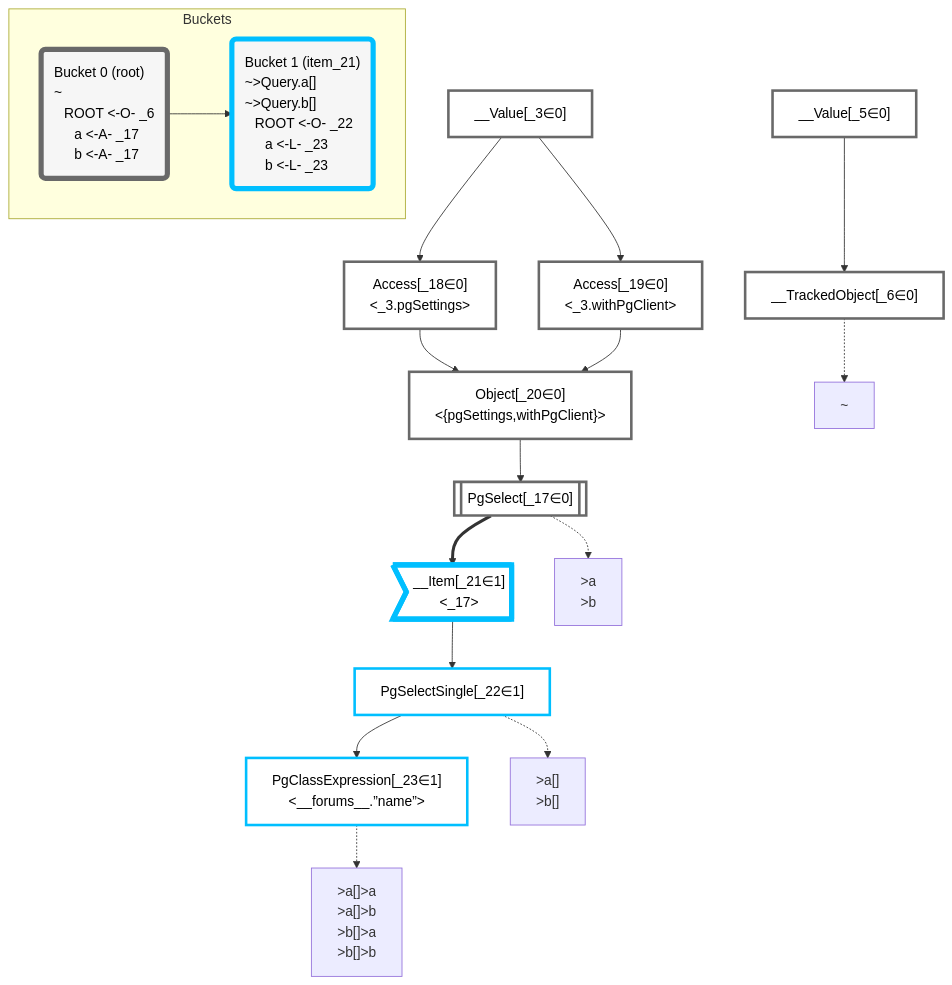
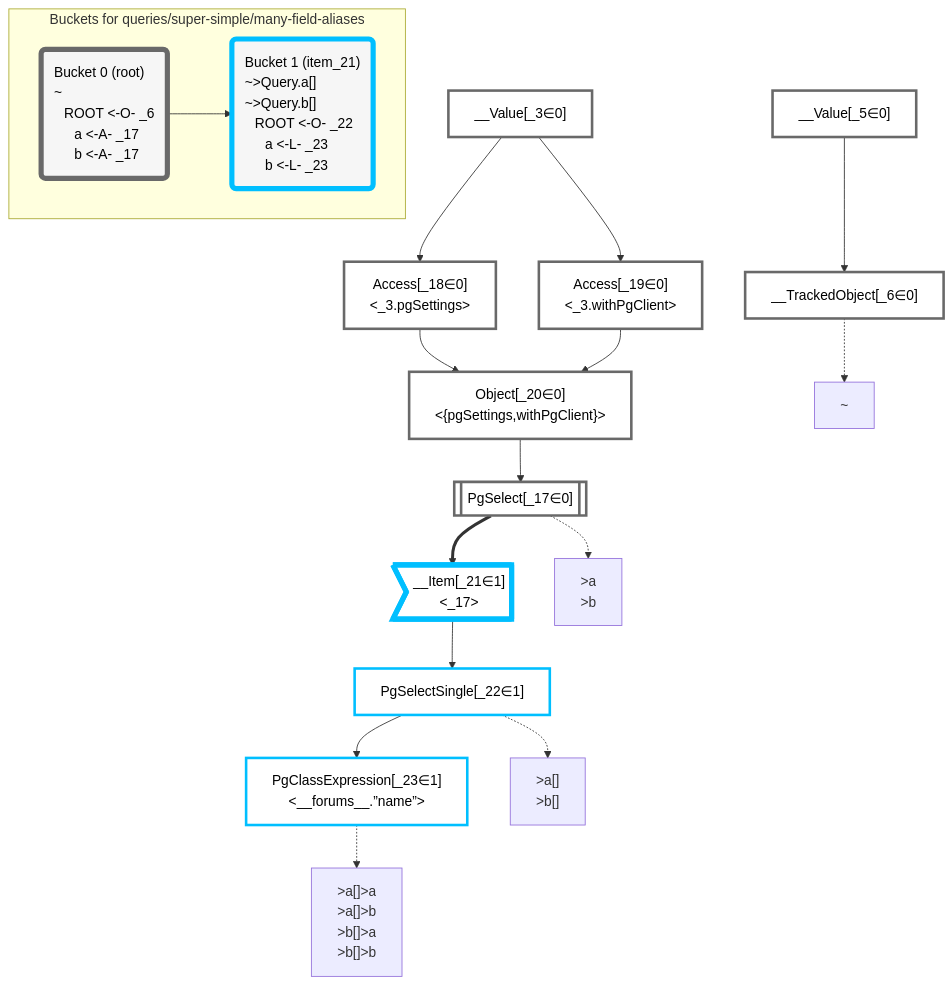
Before and after one commit to graphile/crystal: the diagram in packages/dataplan-pg/__tests__/queries/super-simple/many-field-aliases.deopt.mermaid.md, drawn with Mermaid. The commit also changed 195 other files, not shown here.

````diff
--- a/packages/dataplan-pg/__tests__/queries/super-simple/many-field-aliases.deopt.mermaid.md
+++ b/packages/dataplan-pg/__tests__/queries/super-simple/many-field-aliases.deopt.mermaid.md
@@ -1,56 +1,56 @@
 ```mermaid
 graph TD
     classDef path fill:#eee,stroke:#000,color:#000
     classDef plan fill:#fff,stroke-width:3px,color:#000
     classDef itemplan fill:#fff,stroke-width:6px,color:#000
     classDef sideeffectplan fill:#f00,stroke-width:6px,color:#000
     classDef bucket fill:#f6f6f6,color:#000,stroke-width:6px,text-align:left
 
 
     %% define plans
     __Value_3["__Value[_3∈0]<br /><context>"]:::plan
     __Value_5["__Value[_5∈0]<br /><rootValue>"]:::plan
     __TrackedObject_6["__TrackedObject[_6∈0]"]:::plan
     PgSelect_17[["PgSelect[_17∈0]<br /><forums>"]]:::plan
     Access_18["Access[_18∈0]<br /><_3.pgSettings>"]:::plan
     Access_19["Access[_19∈0]<br /><_3.withPgClient>"]:::plan
     Object_20["Object[_20∈0]<br /><{pgSettings,withPgClient}>"]:::plan
     __Item_21>"__Item[_21∈1]<br /><_17>"]:::itemplan
     PgSelectSingle_22["PgSelectSingle[_22∈1]<br /><forums>"]:::plan
     PgClassExpression_23["PgClassExpression[_23∈1]<br /><__forums__.”name”>"]:::plan
 
     %% plan dependencies
     __Value_5 --> __TrackedObject_6
     Object_20 --> PgSelect_17
     __Value_3 --> Access_18
     __Value_3 --> Access_19
     Access_18 --> Object_20
     Access_19 --> Object_20
     PgSelect_17 ==> __Item_21
     __Item_21 --> PgSelectSingle_22
     PgSelectSingle_22 --> PgClassExpression_23
 
     %% plan-to-path relationships
     P_6["~"]
     __TrackedObject_6 -.-> P_6
     P_17[">a<br />>b"]
     PgSelect_17 -.-> P_17
     P_22[">a[]<br />>b[]"]
     PgSelectSingle_22 -.-> P_22
     P_23[">a[]>a<br />>a[]>b<br />>b[]>a<br />>b[]>b"]
     PgClassExpression_23 -.-> P_23
 
     %% allocate buckets
     classDef bucket0 stroke:#696969
     class __Value_3,__Value_5,__TrackedObject_6,PgSelect_17,Access_18,Access_19,Object_20 bucket0
     classDef bucket1 stroke:#00bfff
     class __Item_21,PgSelectSingle_22,PgClassExpression_23 bucket1
 
-    subgraph Buckets
+    subgraph "Buckets for queries/super-simple/many-field-aliases"
     Bucket0("Bucket 0 (root)<br />~<br />⠀ROOT <-O- _6<br />⠀⠀a <-A- _17<br />⠀⠀b <-A- _17"):::bucket
     style Bucket0 stroke:#696969
     Bucket1("Bucket 1 (item_21)<br />~>Query.a[]<br />~>Query.b[]<br />⠀ROOT <-O- _22<br />⠀⠀a <-L- _23<br />⠀⠀b <-L- _23"):::bucket
     style Bucket1 stroke:#00bfff
     Bucket0 --> Bucket1
     end
 ```
````
